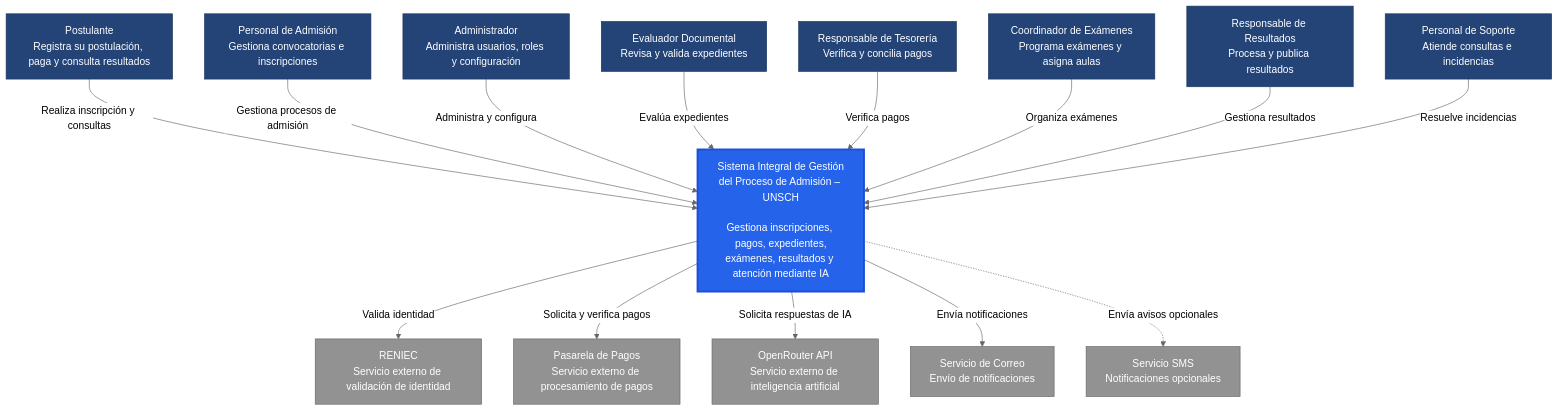
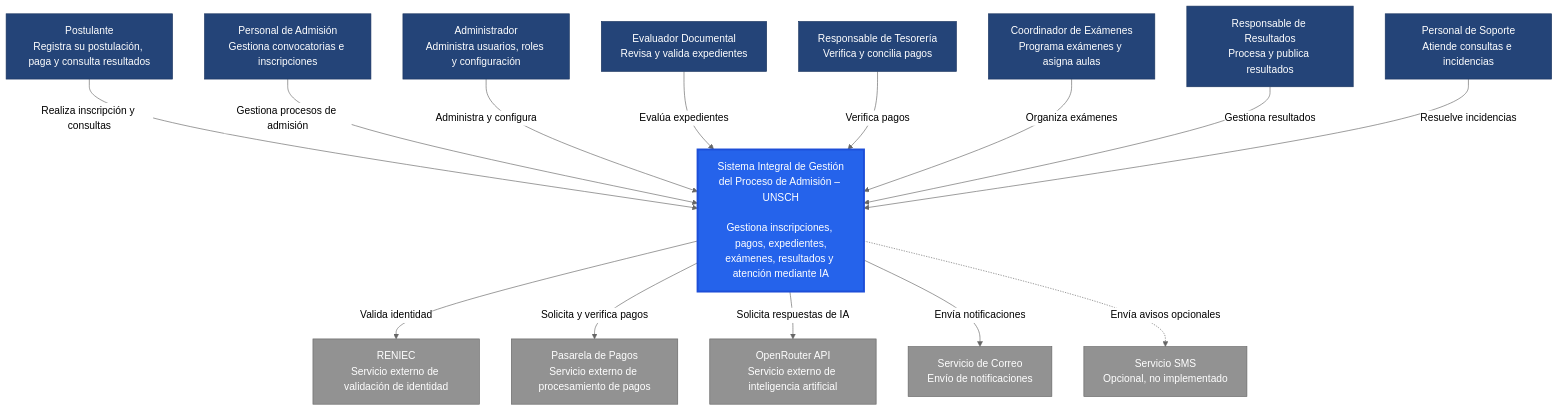
The diagram in docs/04-modelo-c4/Nivel1-DiagramadeContextodelSistema.md (DiegoCoras06/sia-unsch-admision), drawn with Mermaid (neutral theme) before and after one commit. The commit also changed other lines of this file and 15 other files, not shown here.

````diff
--- a/docs/04-modelo-c4/Nivel1-DiagramadeContextodelSistema.md
+++ b/docs/04-modelo-c4/Nivel1-DiagramadeContextodelSistema.md
@@ -27,53 +27,53 @@
 ```mermaid
 flowchart TB
     P["Postulante<br/>Registra su postulación, paga y consulta resultados"]
 
     PA["Personal de Admisión<br/>Gestiona convocatorias e inscripciones"]
 
     ADM["Administrador<br/>Administra usuarios, roles y configuración"]
 
     ED["Evaluador Documental<br/>Revisa y valida expedientes"]
 
     TE["Responsable de Tesorería<br/>Verifica y concilia pagos"]
 
     CE["Coordinador de Exámenes<br/>Programa exámenes y asigna aulas"]
 
     RR["Responsable de Resultados<br/>Procesa y publica resultados"]
 
     SO["Personal de Soporte<br/>Atiende consultas e incidencias"]
 
     SISTEMA["Sistema Integral de Gestión<br/>del Proceso de Admisión – UNSCH<br/><br/>Gestiona inscripciones, pagos, expedientes,<br/>exámenes, resultados y atención mediante IA"]
 
     RENIEC["RENIEC<br/>Servicio externo de validación de identidad"]
 
     PAGOS["Pasarela de Pagos<br/>Servicio externo de procesamiento de pagos"]
 
     IA["OpenRouter API<br/>Servicio externo de inteligencia artificial"]
 
     CORREO["Servicio de Correo<br/>Envío de notificaciones"]
 
-    SMS["Servicio SMS<br/>Notificaciones opcionales"]
+    SMS["Servicio SMS<br/>Opcional, no implementado"]
 
     P -->|"Realiza inscripción y consultas"| SISTEMA
     PA -->|"Gestiona procesos de admisión"| SISTEMA
     ADM -->|"Administra y configura"| SISTEMA
     ED -->|"Evalúa expedientes"| SISTEMA
     TE -->|"Verifica pagos"| SISTEMA
     CE -->|"Organiza exámenes"| SISTEMA
     RR -->|"Gestiona resultados"| SISTEMA
     SO -->|"Resuelve incidencias"| SISTEMA
 
     SISTEMA -->|"Valida identidad"| RENIEC
     SISTEMA -->|"Solicita y verifica pagos"| PAGOS
     SISTEMA -->|"Solicita respuestas de IA"| IA
     SISTEMA -->|"Envía notificaciones"| CORREO
     SISTEMA -.->|"Envía avisos opcionales"| SMS
 
     classDef usuario fill:#244478,color:#ffffff,stroke:#19345f
     classDef sistema fill:#2563eb,color:#ffffff,stroke:#1d4ed8,stroke-width:3px
     classDef externo fill:#929292,color:#ffffff,stroke:#666666
 
     class P,PA,ADM,ED,TE,CE,RR,SO usuario
     class SISTEMA sistema
     class RENIEC,PAGOS,IA,CORREO,SMS externo
 ```
````
